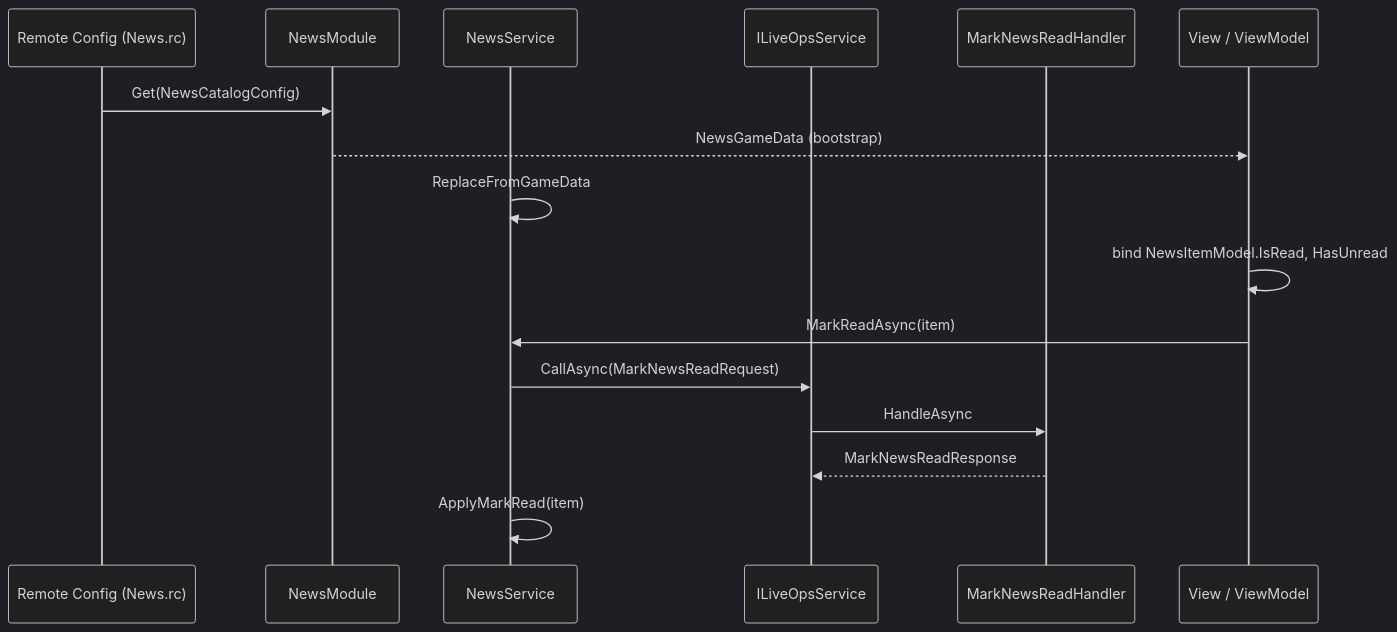
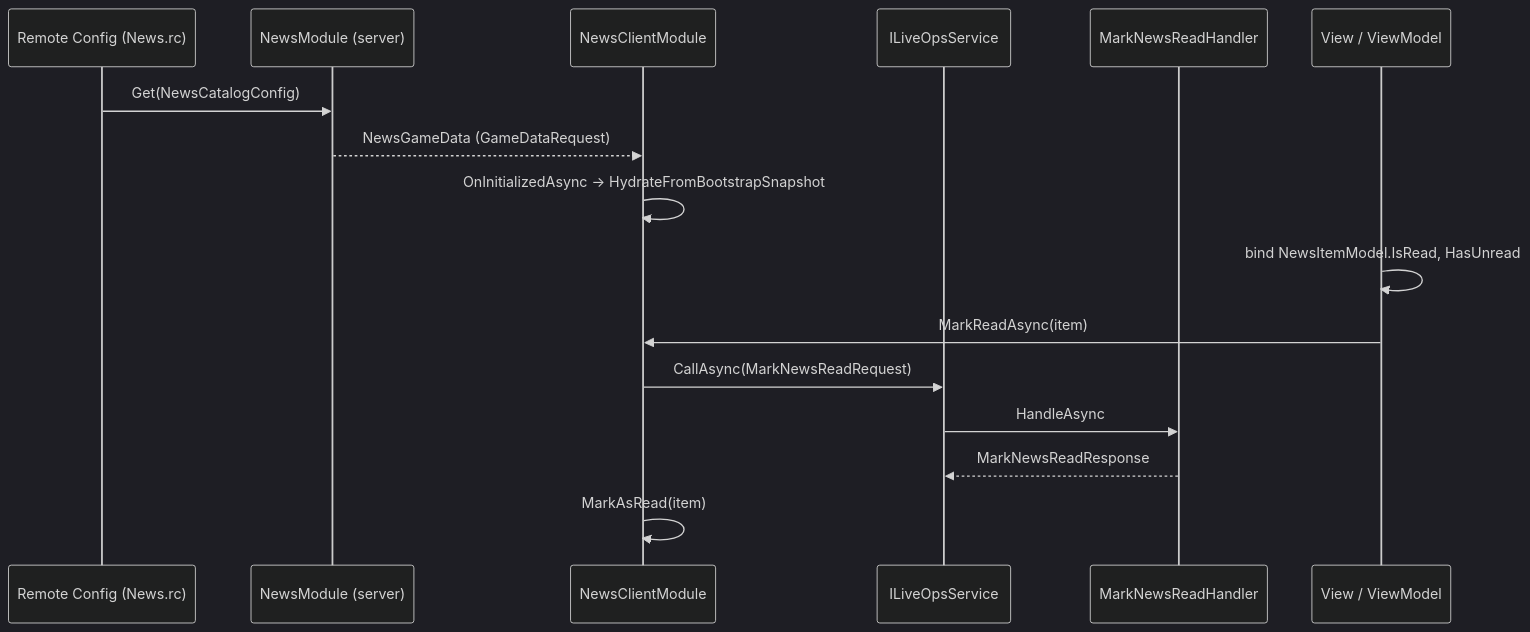
One commit to DuckDuckWeasel/Gear-Engine changed the diagram in Docs/News-State-And-Services-Implementation-Guide.md. Above: the diagram before and after it, drawn with Mermaid (dark theme). The commit also changed other lines of this file, not shown here.

Commit message:
docs: News uses GameClientModuleBase; rename bootstrap hydration

````diff
--- a/Docs/News-State-And-Services-Implementation-Guide.md
+++ b/Docs/News-State-And-Services-Implementation-Guide.md
@@ -524,19 +535,19 @@
 ```mermaid
 sequenceDiagram
     participant RC as Remote Config (News.rc)
-    participant Mod as NewsModule
-    participant Svc as NewsService
+    participant SMod as NewsModule (server)
+    participant Client as NewsClientModule
     participant L as ILiveOpsService
     participant H as MarkNewsReadHandler
     participant UI as View / ViewModel
 
-    RC->>Mod: Get(NewsCatalogConfig)
-    Mod-->>UI: NewsGameData (bootstrap)
-    Svc->>Svc: ReplaceFromGameData
+    RC->>SMod: Get(NewsCatalogConfig)
+    SMod-->>Client: NewsGameData (GameDataRequest)
+    Client->>Client: OnInitializedAsync → HydrateFromBootstrapSnapshot
     UI->>UI: bind NewsItemModel.IsRead, HasUnread
-    UI->>Svc: MarkReadAsync(item)
-    Svc->>L: CallAsync(MarkNewsReadRequest)
+    UI->>Client: MarkReadAsync(item)
+    Client->>L: CallAsync(MarkNewsReadRequest)
     L->>H: HandleAsync
     H-->>L: MarkNewsReadResponse
-    Svc->>Svc: ApplyMarkRead(item)
+    Client->>Client: MarkAsRead(item)
 ```
````
